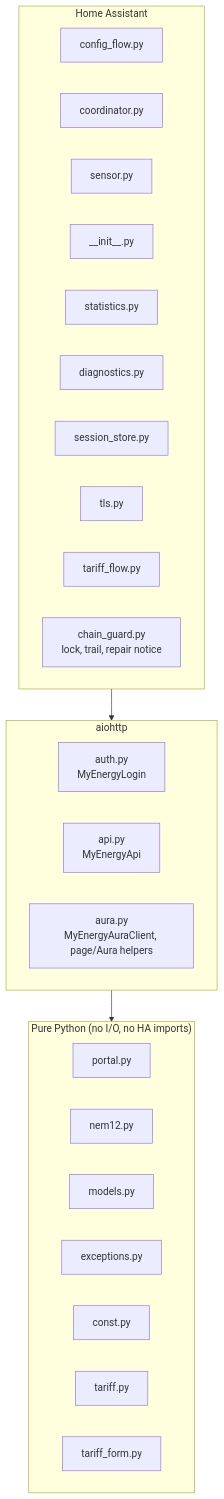
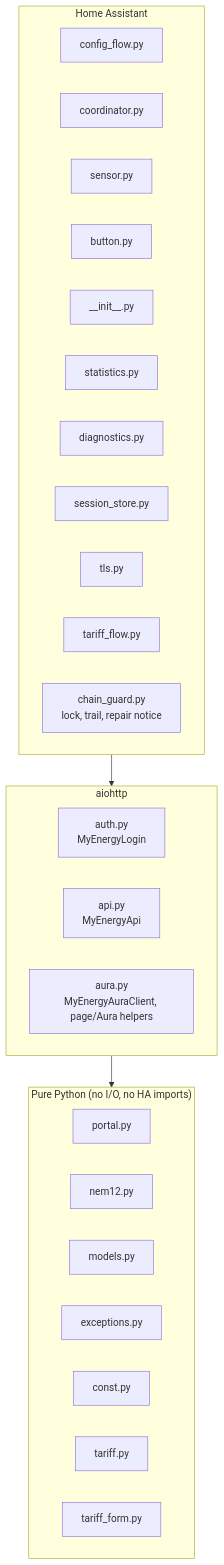
The first of 4 diagrams in docs/ARCHITECTURE.md (markesss/ha-citipower-myenergy), drawn with Mermaid before and after one commit. The commit also changed other lines of this file and 3 other files, not shown here.

````diff
--- a/docs/ARCHITECTURE.md
+++ b/docs/ARCHITECTURE.md
@@ -5,34 +5,35 @@
 ```mermaid
 flowchart TB
     subgraph ha["Home Assistant"]
         direction LR
         cf["config_flow.py"]
         co["coordinator.py"]
         se["sensor.py"]
+        bu["button.py"]
         ini["__init__.py"]
         st["statistics.py"]
         di["diagnostics.py"]
         ss["session_store.py"]
         tls["tls.py"]
         tf["tariff_flow.py"]
         cg["chain_guard.py<br/>lock, trail, repair notice"]
     end
     subgraph io["aiohttp"]
         direction LR
         auth["auth.py<br/>MyEnergyLogin"]
         api["api.py<br/>MyEnergyApi"]
         aura["aura.py<br/>MyEnergyAuraClient, page/Aura helpers"]
     end
     subgraph pure["Pure Python (no I/O, no HA imports)"]
         direction LR
         portal["portal.py"]
         nem12["nem12.py"]
         models["models.py"]
         exc["exceptions.py"]
         const["const.py"]
         tariff["tariff.py"]
         tform["tariff_form.py"]
     end
     ha --> io
     io --> pure
 ```
````
